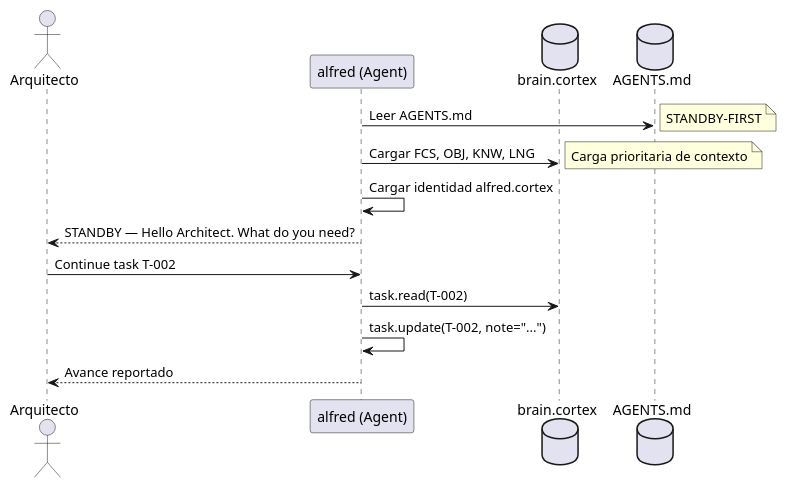
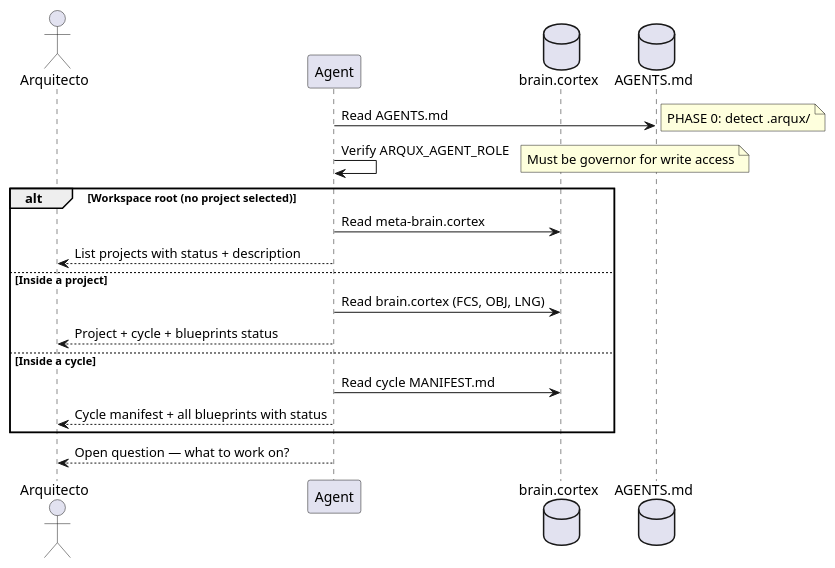
The third of 8 diagrams in src/arqux/skills/workflows.skill.md (FidelErnesto03/arqux), drawn with PlantUML before and after one commit. The commit also changed other lines of this file, not shown here.

Commit message:
docs: workflows — w03 session start, w04 legacy tasks, w08 cancel
1. w03 actualizado: 3-tier context response (workspace/project/cycle)
   - Role verification step
   - PUML con alt/else para los 3 niveles
   - key_rule: Context before conversation

2. w04 marcado como LEGACY — preferir Blueprints
   - Tasks para items simples, Blueprints para trabajo gobernado
   - AXM:tasks_vs_blueprints added

3. w08 incluye blueprint.cancel en execution steps

```diff
--- a/src/arqux/skills/workflows.skill.md
+++ b/src/arqux/skills/workflows.skill.md
@@ -75,20 +77,25 @@
 @startuml
 actor "Arquitecto" as A
-participant "alfred (Agent)" as G
+participant Agent as G
 database "brain.cortex" as BC
 database "AGENTS.md" as AG
 
-G -> AG: Leer AGENTS.md
-note right: STANDBY-FIRST
+G -> AG: Read AGENTS.md
+note right: PHASE 0: detect .arqux/
 
-G -> BC: Cargar FCS, OBJ, KNW, LNG
-note right: Carga prioritaria de contexto
+G -> G: Verify ARQUX_AGENT_ROLE
+note right: Must be governor for write access
 
-G -> G: Cargar identidad alfred.cortex
+alt Workspace root (no project selected)
+    G -> BC: Read meta-brain.cortex
+    G --> A: List projects with status + description
+else Inside a project
+    G -> BC: Read brain.cortex (FCS, OBJ, LNG)
+    G --> A: Project + cycle + blueprints status
+else Inside a cycle
+    G -> BC: Read cycle MANIFEST.md
+    G --> A: Cycle manifest + all blueprints with status
+end
 
-G --> A: STANDBY — Hello Architect. What do you need?
-A -> G: Continue task T-002
-G -> BC: task.read(T-002)
-G -> G: task.update(T-002, note="...")
-G --> A: Avance reportado
+G --> A: Open question — what to work on?
 @enduml
```
